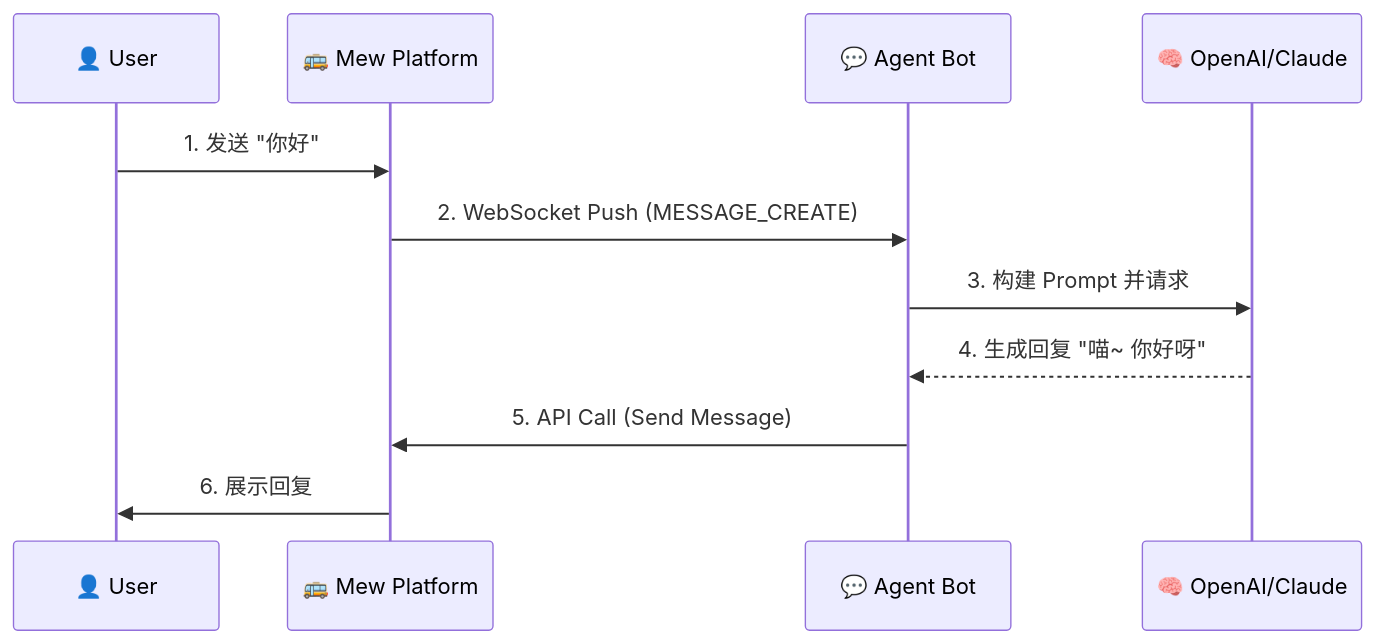
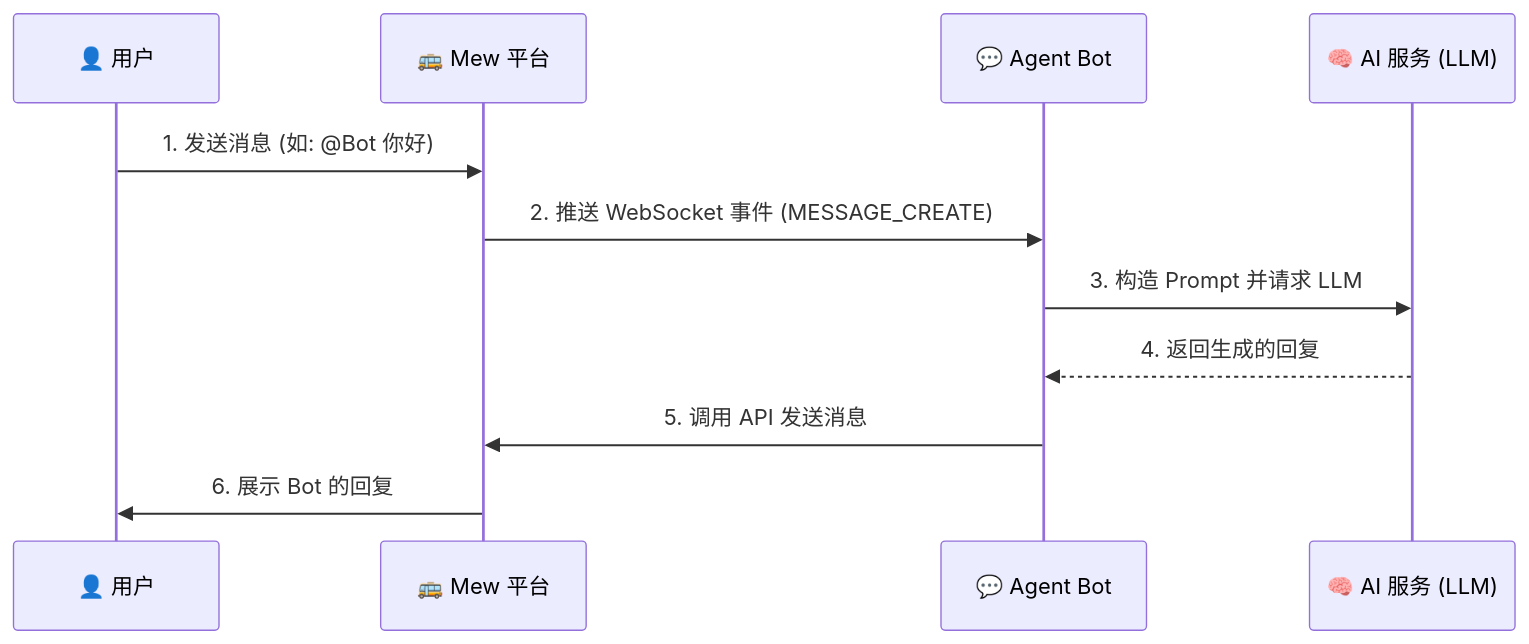
Before and after one commit to U1805/mew: the second of 2 diagrams in website/docs/bot-sdk/bot-ecosystem.md, drawn with Mermaid. The commit also changed other lines of this file and 18 other files, not shown here.

````diff
--- a/website/docs/bot-sdk/bot-ecosystem.md
+++ b/website/docs/bot-sdk/bot-ecosystem.md
@@ -57,14 +55,14 @@
 ```mermaid
 sequenceDiagram
-    participant User as 👤 User
-    participant Mew as 🚌 Mew Platform
+    participant User as 👤 用户
+    participant Mew as 🚌 Mew 平台
     participant Bot as 💬 Agent Bot
-    participant LLM as 🧠 OpenAI/Claude
+    participant LLM as 🧠 AI 服务 (LLM)
 
-    User->>Mew: 1. 发送 "你好"
-    Mew->>Bot: 2. WebSocket Push (MESSAGE_CREATE)
-    Bot->>LLM: 3. 构建 Prompt 并请求
-    LLM-->>Bot: 4. 生成回复 "喵~ 你好呀"
-    Bot->>Mew: 5. API Call (Send Message)
-    Mew->>User: 6. 展示回复
+    User->>Mew: 1. 发送消息 (如: @Bot 你好)
+    Mew->>Bot: 2. 推送 WebSocket 事件 (MESSAGE_CREATE)
+    Bot->>LLM: 3. 构造 Prompt 并请求 LLM
+    LLM-->>Bot: 4. 返回生成的回复
+    Bot->>Mew: 5. 调用 API 发送消息
+    Mew->>User: 6. 展示 Bot 的回复
 ```
````
